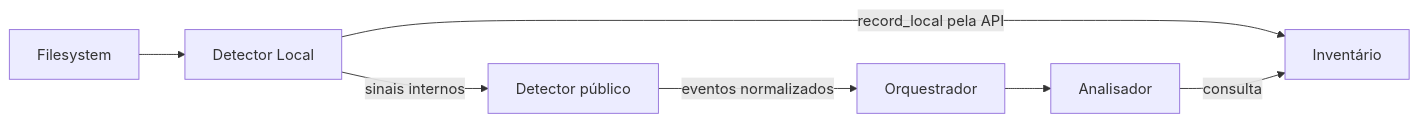
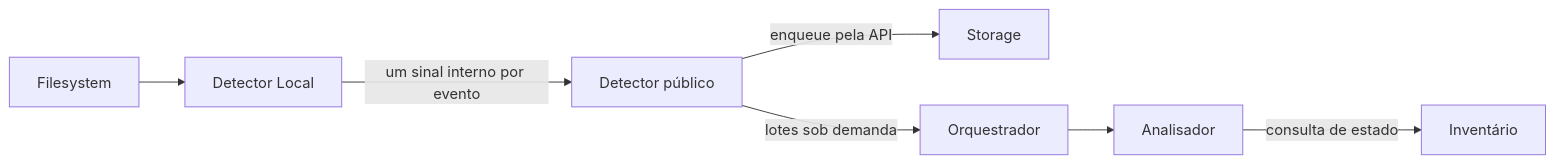
Before and after one commit to rafatosta/drivesync: the diagram in docs/engine/detectors/local/README.md, drawn with Mermaid. The commit also changed other lines of this file, not shown here.

Commit message:
docs(detector): decouple local producer from event persistence implementation

````diff
--- a/docs/engine/detectors/local/README.md
+++ b/docs/engine/detectors/local/README.md
@@ -22,9 +22,9 @@
 ```mermaid
 flowchart LR
   FS[Filesystem] --> DL[Detector Local]
-  DL -->|record_local pela API| INV[Inventário]
-  DL -->|sinais internos| DET[Detector público]
-  DET -->|eventos normalizados| ORQ[Orquestrador]
+  DL -->|um sinal interno por evento| DET[Detector público]
+  DET -->|enqueue pela API| STO[Storage]
+  DET -->|lotes sob demanda| ORQ[Orquestrador]
   ORQ --> AN[Analisador]
-  AN -->|consulta| INV
+  AN -->|consulta de estado| INV[Inventário]
 ```
````
